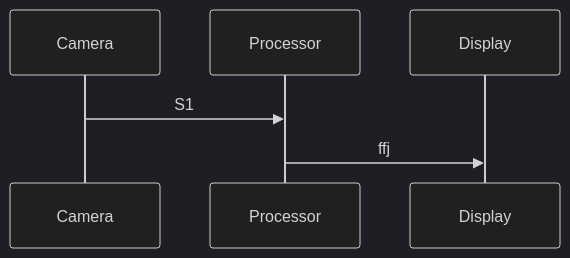
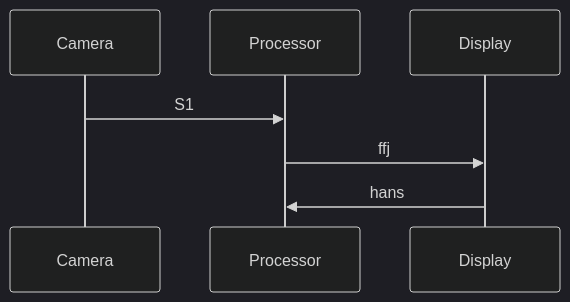
Before and after one commit to lightfreak8/fhgr-sweng: the second of 2 diagrams in doc/ProjectMap.md, drawn with Mermaid (dark theme).

````diff
--- a/doc/ProjectMap.md
+++ b/doc/ProjectMap.md
@@ -47,8 +47,10 @@
 ```mermaid
 
 sequenceDiagram
   Camera->>Processor: S1
   Processor->>Display: ffj
+  Display->>Processor: hans
+
 
 
 ```
````
